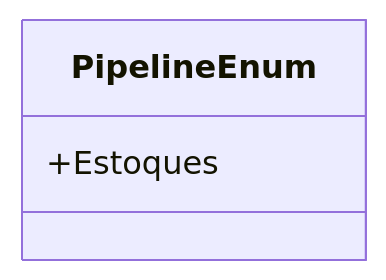
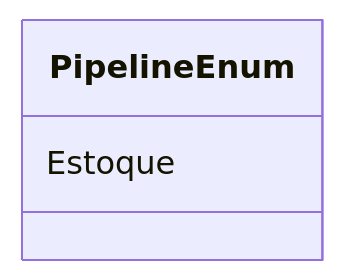
Before and after one commit to IsthmusSistemas/documentacao-tecnica: the diagram in docs/b2b-dominio/IsthmusWinthor.Nucleo/IsthmusWinthor.Dominio/Enumeradores/PipelineEnum.md, drawn with Mermaid. The commit also changed other lines of this file and 882 other files, not shown here.

````diff
--- a/docs/b2b-dominio/IsthmusWinthor.Nucleo/IsthmusWinthor.Dominio/Enumeradores/PipelineEnum.md
+++ b/docs/b2b-dominio/IsthmusWinthor.Nucleo/IsthmusWinthor.Dominio/Enumeradores/PipelineEnum.md
@@ -12,6 +24,6 @@
 ```mermaid
 classDiagram
     class PipelineEnum {
-        +Estoques
+        Estoque
     }
 ```
````
